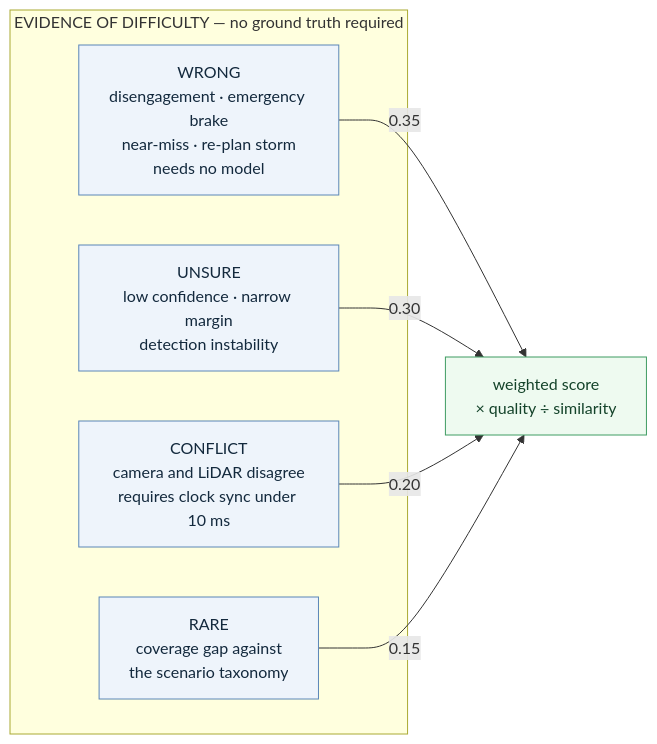
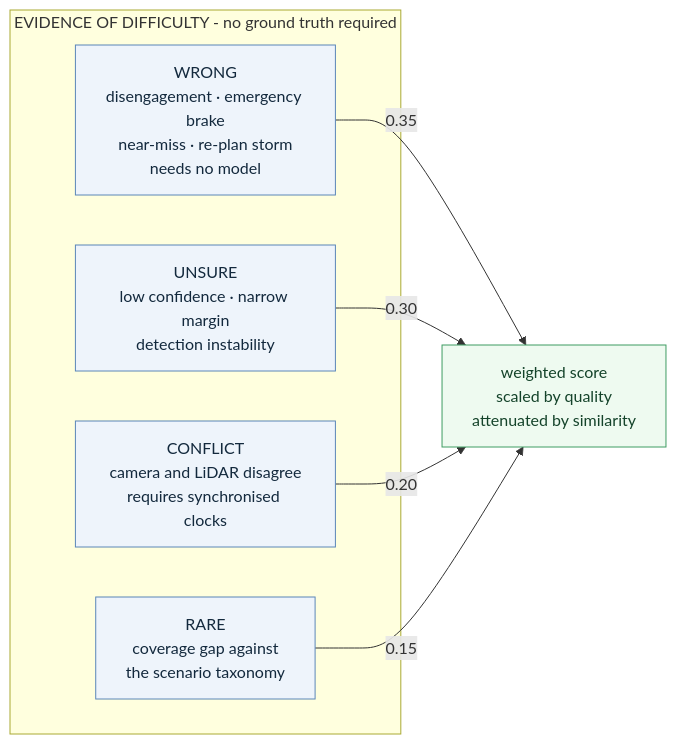
Before and after one commit to nakshatravyas/zensomy-data-flywheel: the fifth of 8 diagrams in .site/docs/technical-design.md, drawn with Mermaid. The commit also changed other lines of this file and 9 other files, not shown here.

````diff
--- a/.site/docs/technical-design.md
+++ b/.site/docs/technical-design.md
@@ -216,19 +212,19 @@
 ```mermaid
 graph LR
-    subgraph EV["EVIDENCE OF DIFFICULTY — no ground truth required"]
+    subgraph EV["EVIDENCE OF DIFFICULTY - no ground truth required"]
         W["WRONG<br/>disengagement · emergency brake<br/>near-miss · re-plan storm<br/>needs no model"]
         U["UNSURE<br/>low confidence · narrow margin<br/>detection instability"]
-        CF["CONFLICT<br/>camera and LiDAR disagree<br/>requires clock sync under 10 ms"]
+        CF["CONFLICT<br/>camera and LiDAR disagree<br/>requires synchronised clocks"]
         RA["RARE<br/>coverage gap against<br/>the scenario taxonomy"]
     end
-    SCORE["weighted score<br/>× quality ÷ similarity"]
+    SCORE["weighted score<br/>scaled by quality<br/>attenuated by similarity"]
     W -->|0.35| SCORE
     U -->|0.30| SCORE
     CF -->|0.20| SCORE
     RA -->|0.15| SCORE
 
     classDef sig fill:#eef4fb,stroke:#5b86b8,color:#13293d
     classDef out fill:#eefaf0,stroke:#3f9c62,color:#14432a
     class W,U,CF,RA sig
     class SCORE out
 ```
````
